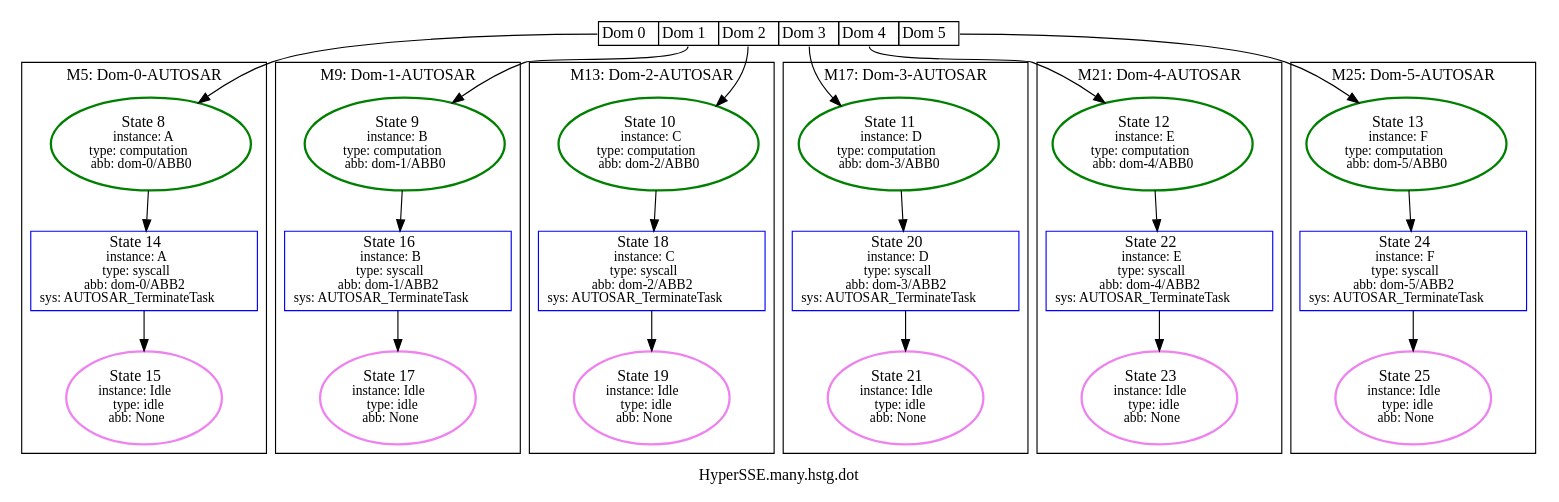
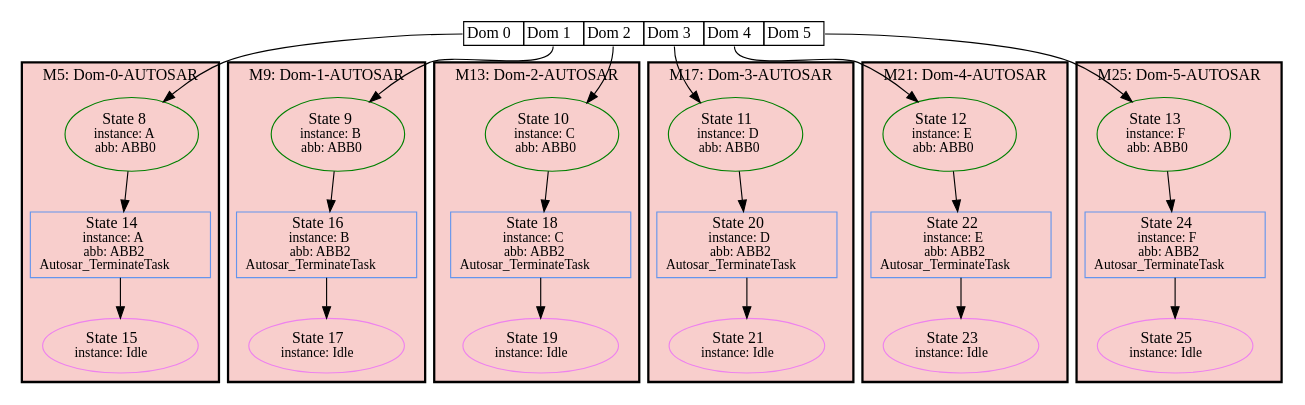
The diagram in appl/Xen/many/HyperSSE.many.hstg.dot (luhsra/ara), drawn with Graphviz before and after one commit. The commit also changed 15 other files, not shown here.

```diff
--- a/appl/Xen/many/HyperSSE.many.hstg.dot
+++ b/appl/Xen/many/HyperSSE.many.hstg.dot
@@ -1,64 +1,76 @@
 digraph G {
-label="HyperSSE.many.hstg.dot";
+label="";
 1 [label=<<TABLE BORDER="0" CELLBORDER="1" CELLSPACING="0"><TR><TD PORT="c0">Dom 0</TD><TD PORT="c1">Dom 1</TD><TD PORT="c2">Dom 2</TD><TD PORT="c3">Dom 3</TD><TD PORT="c4">Dom 4</TD><TD PORT="c5">Dom 5</TD></TR></TABLE>>, shape=plaintext, tooltip=1];
 subgraph cluster_5 {
+bgcolor="#F8CECC";
 label="M5: Dom-0-AUTOSAR";
-2 [color=green, fontsize=14, label=<State 8<br/><font point-size='12'>instance: A<br/>type: computation<br/>abb: dom-0/ABB0</font>>, style=bold, tooltip=2];
-3 [color=blue, fontsize=14, label=<State 14<br/><font point-size='12'>instance: A<br/>type: syscall<br/>abb: dom-0/ABB2<br/>sys: AUTOSAR_TerminateTask</font>>, shape=box, tooltip=3];
-4 [color=violet, fontsize=14, label=<State 15<br/><font point-size='12'>instance: Idle<br/>type: idle<br/>abb: None</font>>, style=bold, tooltip=4];
+style=bold;
+2 [color=green, fontsize=14, label=<State 8<br/><font point-size='12'>instance: A<br/>abb: ABB0</font>>, style=solid, tooltip=2];
+3 [color=cornflowerblue, fontsize=14, label=<State 14<br/><font point-size='12'>instance: A<br/>abb: ABB2<br/>Autosar_TerminateTask</font>>, shape=box, tooltip=3];
+4 [color=violet, fontsize=14, label=<State 15<br/><font point-size='12'>instance: Idle</font>>, style=solid, tooltip=4];
 }
 
 subgraph cluster_9 {
+bgcolor="#F8CECC";
 label="M9: Dom-1-AUTOSAR";
-8 [color=violet, fontsize=14, label=<State 17<br/><font point-size='12'>instance: Idle<br/>type: idle<br/>abb: None</font>>, style=bold, tooltip=8];
-6 [color=green, fontsize=14, label=<State 9<br/><font point-size='12'>instance: B<br/>type: computation<br/>abb: dom-1/ABB0</font>>, style=bold, tooltip=6];
-7 [color=blue, fontsize=14, label=<State 16<br/><font point-size='12'>instance: B<br/>type: syscall<br/>abb: dom-1/ABB2<br/>sys: AUTOSAR_TerminateTask</font>>, shape=box, tooltip=7];
+style=bold;
+8 [color=violet, fontsize=14, label=<State 17<br/><font point-size='12'>instance: Idle</font>>, style=solid, tooltip=8];
+6 [color=green, fontsize=14, label=<State 9<br/><font point-size='12'>instance: B<br/>abb: ABB0</font>>, style=solid, tooltip=6];
+7 [color=cornflowerblue, fontsize=14, label=<State 16<br/><font point-size='12'>instance: B<br/>abb: ABB2<br/>Autosar_TerminateTask</font>>, shape=box, tooltip=7];
 }
 
 subgraph cluster_13 {
+bgcolor="#F8CECC";
 label="M13: Dom-2-AUTOSAR";
-10 [color=green, fontsize=14, label=<State 10<br/><font point-size='12'>instance: C<br/>type: computation<br/>abb: dom-2/ABB0</font>>, style=bold, tooltip=10];
-11 [color=blue, fontsize=14, label=<State 18<br/><font point-size='12'>instance: C<br/>type: syscall<br/>abb: dom-2/ABB2<br/>sys: AUTOSAR_TerminateTask</font>>, shape=box, tooltip=11];
-12 [color=violet, fontsize=14, label=<State 19<br/><font point-size='12'>instance: Idle<br/>type: idle<br/>abb: None</font>>, style=bold, tooltip=12];
+style=bold;
+10 [color=green, fontsize=14, label=<State 10<br/><font point-size='12'>instance: C<br/>abb: ABB0</font>>, style=solid, tooltip=10];
+11 [color=cornflowerblue, fontsize=14, label=<State 18<br/><font point-size='12'>instance: C<br/>abb: ABB2<br/>Autosar_TerminateTask</font>>, shape=box, tooltip=11];
+12 [color=violet, fontsize=14, label=<State 19<br/><font point-size='12'>instance: Idle</font>>, style=solid, tooltip=12];
 }
 
 subgraph cluster_17 {
+bgcolor="#F8CECC";
 label="M17: Dom-3-AUTOSAR";
-16 [color=violet, fontsize=14, label=<State 21<br/><font point-size='12'>instance: Idle<br/>type: idle<br/>abb: None</font>>, style=bold, tooltip=16];
-14 [color=green, fontsize=14, label=<State 11<br/><font point-size='12'>instance: D<br/>type: computation<br/>abb: dom-3/ABB0</font>>, style=bold, tooltip=14];
-15 [color=blue, fontsize=14, label=<State 20<br/><font point-size='12'>instance: D<br/>type: syscall<br/>abb: dom-3/ABB2<br/>sys: AUTOSAR_TerminateTask</font>>, shape=box, tooltip=15];
+style=bold;
+16 [color=violet, fontsize=14, label=<State 21<br/><font point-size='12'>instance: Idle</font>>, style=solid, tooltip=16];
+14 [color=green, fontsize=14, label=<State 11<br/><font point-size='12'>instance: D<br/>abb: ABB0</font>>, style=solid, tooltip=14];
+15 [color=cornflowerblue, fontsize=14, label=<State 20<br/><font point-size='12'>instance: D<br/>abb: ABB2<br/>Autosar_TerminateTask</font>>, shape=box, tooltip=15];
 }
 
 subgraph cluster_21 {
+bgcolor="#F8CECC";
 label="M21: Dom-4-AUTOSAR";
-18 [color=green, fontsize=14, label=<State 12<br/><font point-size='12'>instance: E<br/>type: computation<br/>abb: dom-4/ABB0</font>>, style=bold, tooltip=18];
-19 [color=blue, fontsize=14, label=<State 22<br/><font point-size='12'>instance: E<br/>type: syscall<br/>abb: dom-4/ABB2<br/>sys: AUTOSAR_TerminateTask</font>>, shape=box, tooltip=19];
-20 [color=violet, fontsize=14, label=<State 23<br/><font point-size='12'>instance: Idle<br/>type: idle<br/>abb: None</font>>, style=bold, tooltip=20];
+style=bold;
+18 [color=green, fontsize=14, label=<State 12<br/><font point-size='12'>instance: E<br/>abb: ABB0</font>>, style=solid, tooltip=18];
+19 [color=cornflowerblue, fontsize=14, label=<State 22<br/><font point-size='12'>instance: E<br/>abb: ABB2<br/>Autosar_TerminateTask</font>>, shape=box, tooltip=19];
+20 [color=violet, fontsize=14, label=<State 23<br/><font point-size='12'>instance: Idle</font>>, style=solid, tooltip=20];
 }
 
 subgraph cluster_25 {
+bgcolor="#F8CECC";
 label="M25: Dom-5-AUTOSAR";
-24 [color=violet, fontsize=14, label=<State 25<br/><font point-size='12'>instance: Idle<br/>type: idle<br/>abb: None</font>>, style=bold, tooltip=24];
-22 [color=green, fontsize=14, label=<State 13<br/><font point-size='12'>instance: F<br/>type: computation<br/>abb: dom-5/ABB0</font>>, style=bold, tooltip=22];
-23 [color=blue, fontsize=14, label=<State 24<br/><font point-size='12'>instance: F<br/>type: syscall<br/>abb: dom-5/ABB2<br/>sys: AUTOSAR_TerminateTask</font>>, shape=box, tooltip=23];
+style=bold;
+24 [color=violet, fontsize=14, label=<State 25<br/><font point-size='12'>instance: Idle</font>>, style=solid, tooltip=24];
+22 [color=green, fontsize=14, label=<State 13<br/><font point-size='12'>instance: F<br/>abb: ABB0</font>>, style=solid, tooltip=22];
+23 [color=cornflowerblue, fontsize=14, label=<State 24<br/><font point-size='12'>instance: F<br/>abb: ABB2<br/>Autosar_TerminateTask</font>>, shape=box, tooltip=23];
 }
 
 1:c0 -> 2  [color=black];
 1:c1 -> 6  [color=black];
 1:c2 -> 10  [color=black];
 1:c3 -> 14  [color=black];
 1:c4 -> 18  [color=black];
 1:c5 -> 22  [color=black];
 2 -> 3  [color=black];
 3 -> 4  [color=black];
 6 -> 7  [color=black];
 7 -> 8  [color=black];
 10 -> 11  [color=black];
 11 -> 12  [color=black];
 14 -> 15  [color=black];
 15 -> 16  [color=black];
 18 -> 19  [color=black];
 19 -> 20  [color=black];
 22 -> 23  [color=black];
 23 -> 24  [color=black];
 }
```
